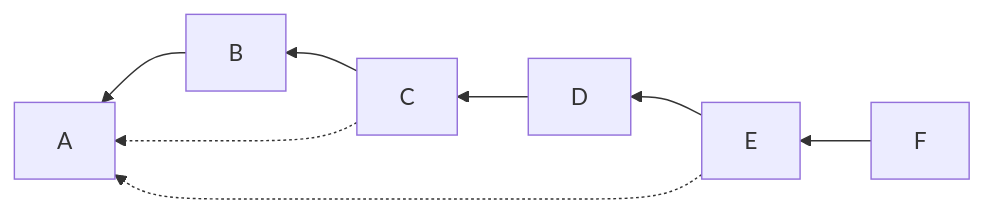
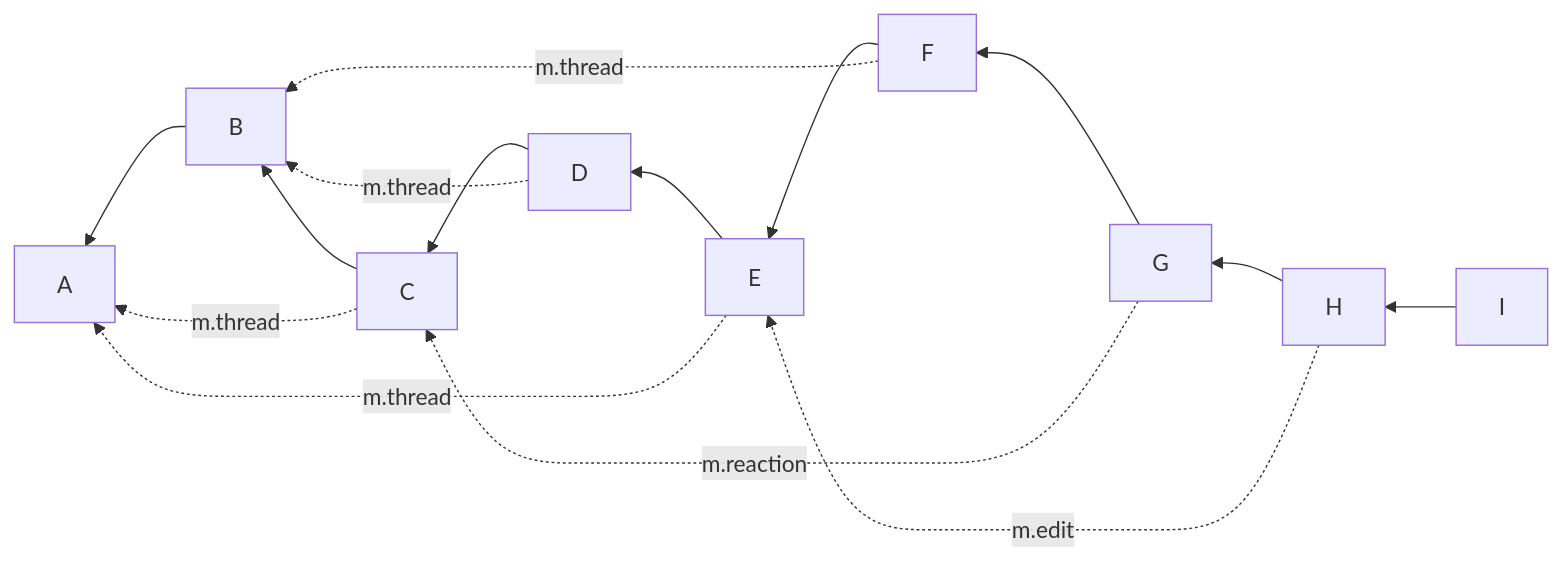
The first of 2 diagrams in proposals/3771-read-receipts-for-threads.md (matrix-org/matrix-spec-proposals), drawn with Mermaid before and after one commit. The commit also changed other lines of this file, not shown here.

Commit message:
Clarify the proposal to explain why both threaded and unthreaded receipts need to exist and what the main timeline is.

````diff
--- a/proposals/3771-read-receipts-for-threads.md
+++ b/proposals/3771-read-receipts-for-threads.md
@@ -17,10 +26,17 @@
 ```mermaid
 flowchart RL
+    I-->H
+    H-->G
+    G-->F
     F-->E
     E-->D
     D-->C
     C-->B
     B-->A
-    C-.->A
-    E-.->A
+    C-.->|m.thread|A
+    D-.->|m.thread|B
+    E-.->|m.thread|A
+    F-.->|m.thread|B
+    G-.->|m.reaction|C
+    H-.->|m.edit|E
 ```
````
